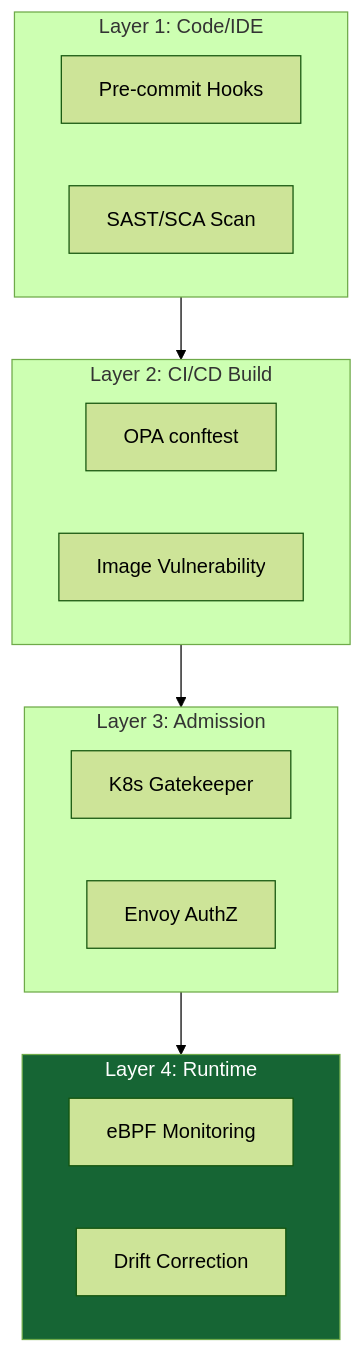
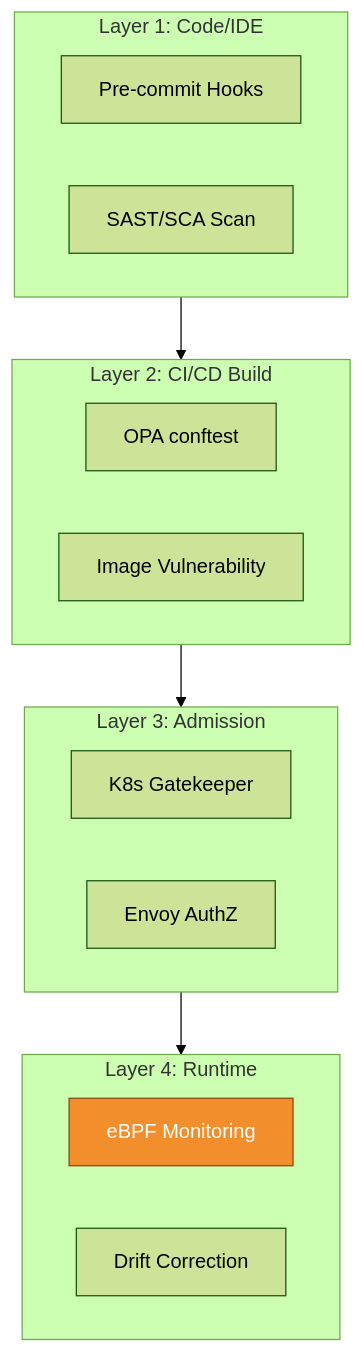
One commit to gchaitanyabharath9/omnigcloud changed the fourth of 5 diagrams in src/app/[locale]/research/papers/a4-platform-governance-multicloud-hybrid/A4-PAPER-FULL.md. Above: the diagram before and after it, drawn with Mermaid (forest theme). The commit also changed other lines of this file and 40 other files, not shown here.

````diff
--- a/src/app/[locale]/research/papers/a4-platform-governance-multicloud-hybrid/A4-PAPER-FULL.md
+++ b/src/app/[locale]/research/papers/a4-platform-governance-multicloud-hybrid/A4-PAPER-FULL.md
@@ -474,28 +517,30 @@
 ```mermaid
 graph TD
-    subgraph L1 [Layer 1: Code/IDE]
-        P1[Pre-commit Hooks]
-        P2[SAST/SCA Scan]
+    classDef Control fill:#4E79A7,stroke:#2C3E50,color:#fff;
+    classDef Data fill:#59A14F,stroke:#274E13,color:#fff;
+    classDef Policy fill:#9C6ADE,stroke:#4B0082,color:#fff;
+    classDef Obs fill:#F28E2B,stroke:#8B4513,color:#fff;
+    classDef Risk fill:#E15759,stroke:#7B241C,color:#fff;
+    classDef State fill:#76B7B2,stroke:#0E6251,color:#fff;
+    classDef Actor fill:#BAB0AC,stroke:#515A5A,color:#000;
+    subgraph L1 ["Layer 1: Code/IDE"]
+    P1["Pre-commit Hooks"]
+    P2["SAST/SCA Scan"]
     end
-
-    subgraph L2 [Layer 2: CI/CD Build]
-        P3[OPA conftest]
-        P4[Image Vulnerability]
+    subgraph L2 ["Layer 2: CI/CD Build"]
+    P3["OPA conftest"]
+    P4["Image Vulnerability"]
     end
-
-    subgraph L3 [Layer 3: Admission]
-        P5[K8s Gatekeeper]
-        P6[Envoy AuthZ]
+    subgraph L3 ["Layer 3: Admission"]
+    P5["K8s Gatekeeper"]
+    P6["Envoy AuthZ"]
     end
-
-    subgraph L4 [Layer 4: Runtime]
-        P7[eBPF Monitoring]
-        P8[Drift Correction]
+    subgraph L4 ["Layer 4: Runtime"]
+    P7["eBPF Monitoring"]
+    P8["Drift Correction"]
     end
-
     L1 --> L2
     L2 --> L3
     L3 --> L4
-    
-    style L4 fill:#166534,color:white
+    class P7 Obs;
 ```
````
